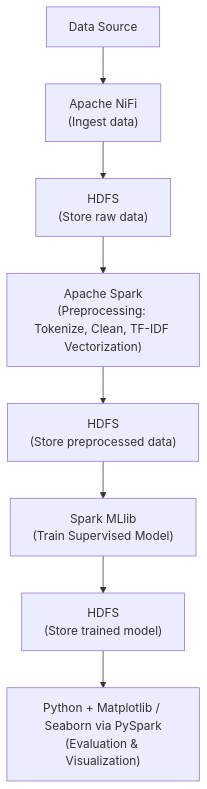
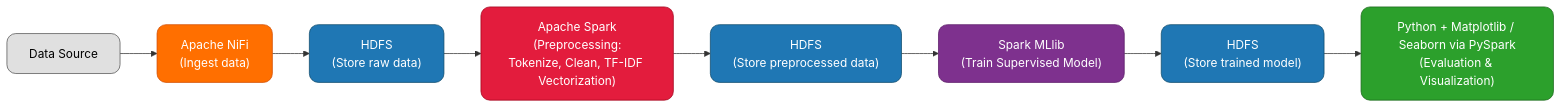
The diagram in README.md (rafyakbar/big-data-stack), drawn with Mermaid before and after one commit.

````diff
--- a/README.md
+++ b/README.md
@@ -1,10 +1,25 @@
 ```mermaid
-flowchart TD
+flowchart LR
+    %% Definisi gaya warna berdasarkan komponen
+    classDef source fill:#e0e0e0,stroke:#555,color:#000,rx:12,ry:12;
+    classDef nifi fill:#ff6f00,stroke:#d14d00,color:#fff,rx:12,ry:12;
+    classDef hdfs fill:#1f77b4,stroke:#0d4a6b,color:#fff,rx:12,ry:12;
+    classDef spark fill:#e31c3d,stroke:#a0001a,color:#fff,rx:12,ry:12;
+    classDef mllib fill:#7e318e,stroke:#5a1a66,color:#fff,rx:12,ry:12;
+    classDef viz fill:#2ca02c,stroke:#1b661b,color:#fff,rx:12,ry:12;
+
     A[Data Source] --> B["Apache NiFi<br>(Ingest data)"]
     B --> C["HDFS<br>(Store raw data)"]
-    C --> D["Apache Spark<br>(Preprocessing: Tokenize, Clean, TF-IDF Vectorization)"]
+    C --> D["Apache Spark<br>(Preprocessing:<br>Tokenize, Clean, TF-IDF Vectorization)"]
     D --> E["HDFS<br>(Store preprocessed data)"]
     E --> F["Spark MLlib<br>(Train Supervised Model)"]
     F --> G["HDFS<br>(Store trained model)"]
     G --> H["Python + Matplotlib / Seaborn via PySpark<br>(Evaluation & Visualization)"]
+
+    class A source;
+    class B nifi;
+    class C,E,G hdfs;
+    class D spark;
+    class F mllib;
+    class H viz;
 ```
````
